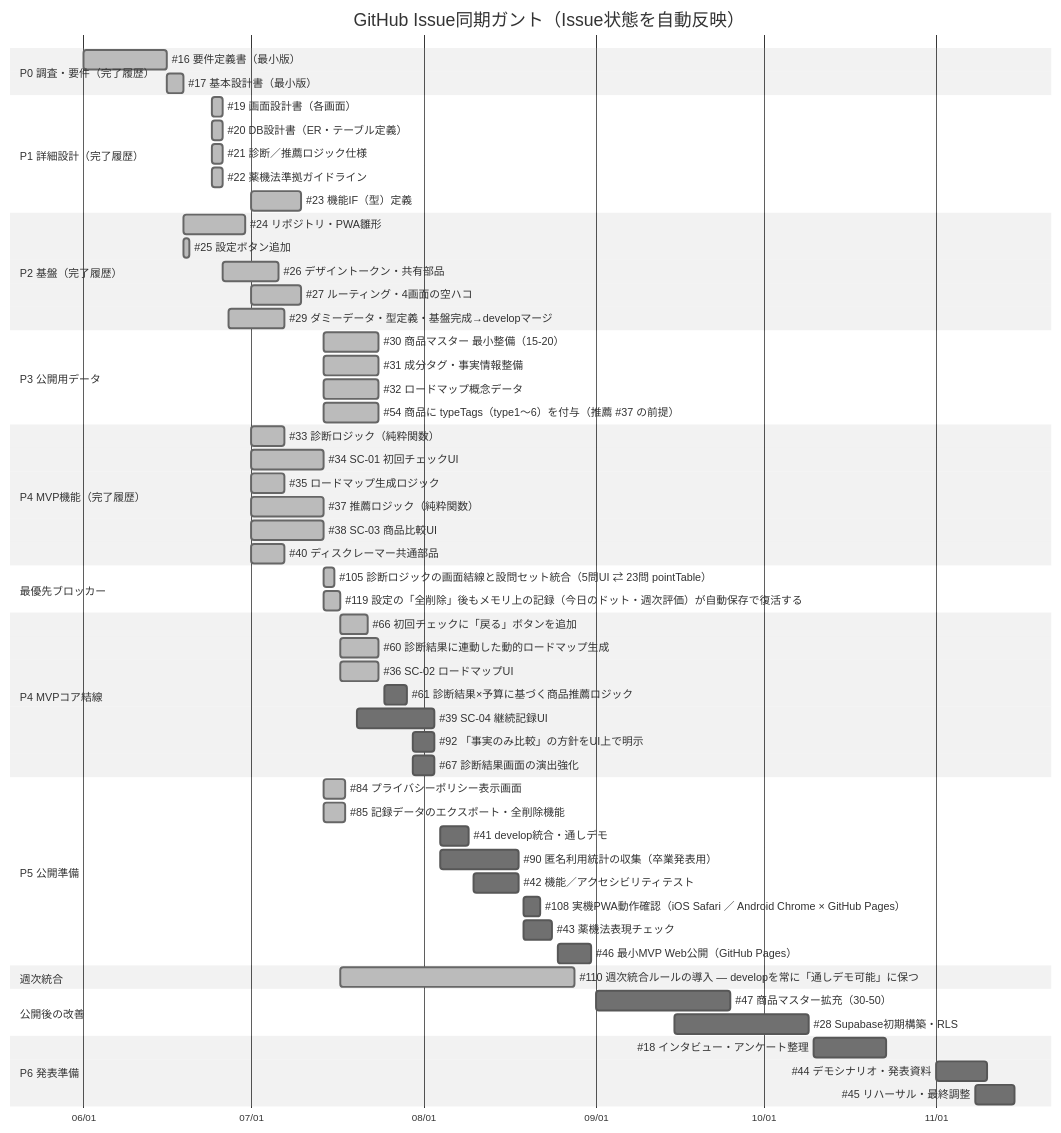
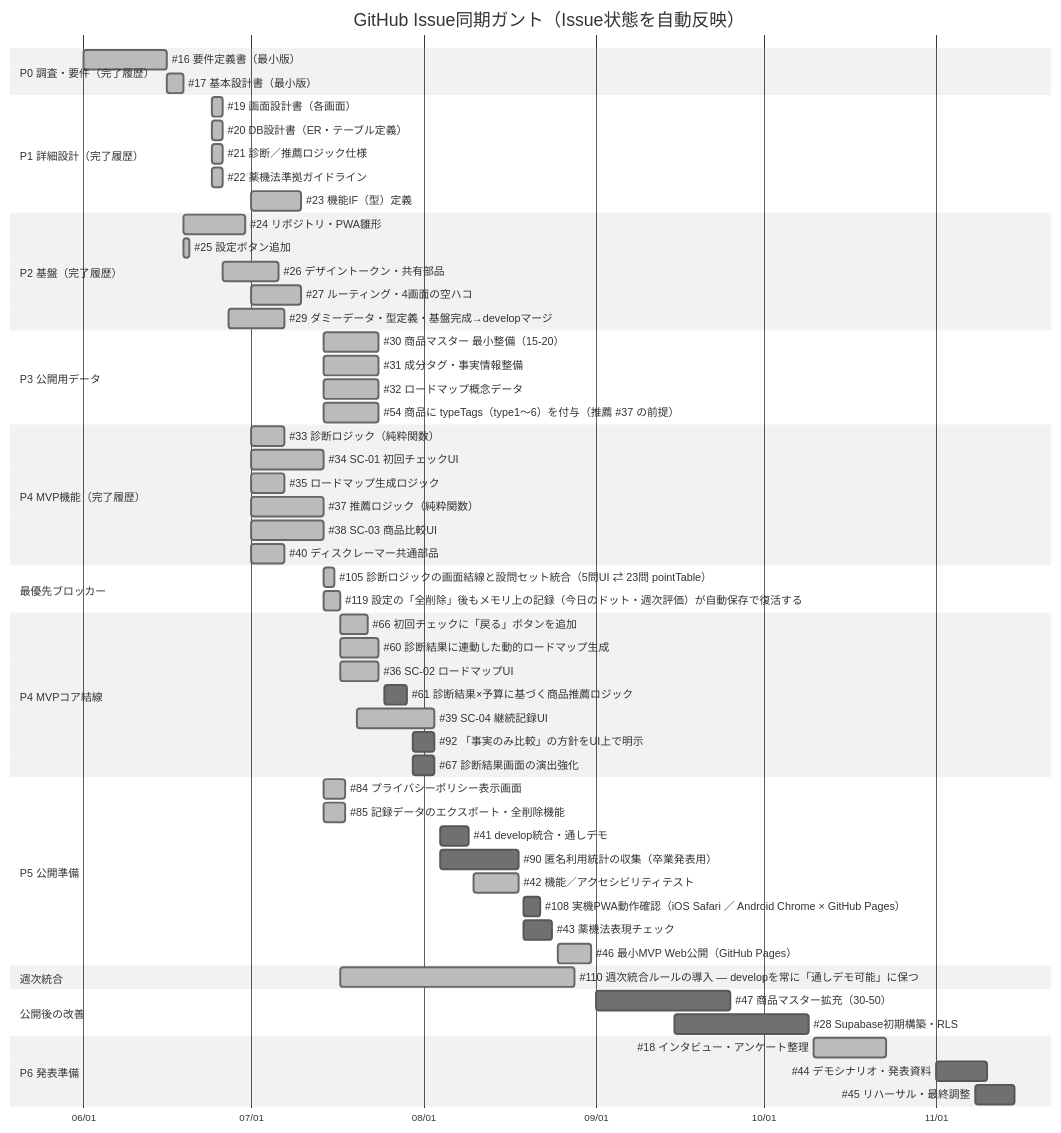
Before and after one commit to itiwoja/tazimagumi_dev_team: the first of 2 diagrams in docs/schedule/ガントチャート_v2.2.md, drawn with Mermaid (neutral theme). The commit also changed other lines of this file, not shown here.

Commit message:
docs: GitHub Issue進捗をガントへ同期 (#196)

````diff
--- a/docs/schedule/ガントチャート_v2.2.md
+++ b/docs/schedule/ガントチャート_v2.2.md
@@ -68,62 +68,62 @@
 ```mermaid
 gantt
     title GitHub Issue同期ガント（Issue状態を自動反映）
     dateFormat  YYYY-MM-DD
     axisFormat  %m/%d
     section P0 調査・要件（完了履歴）
     #16 要件定義書（最小版） :done, p0a, 2026-06-01, 2026-06-16
     #17 基本設計書（最小版） :done, p0c, 2026-06-16, 2026-06-19
     section P1 詳細設計（完了履歴）
     #19 画面設計書（各画面） :done, p1b, 2026-06-24, 2026-06-26
     #20 DB設計書（ER・テーブル定義） :done, p1c, 2026-06-24, 2026-06-26
     #21 診断／推薦ロジック仕様 :done, p1d, 2026-06-24, 2026-06-26
     #22 薬機法準拠ガイドライン :done, p1f, 2026-06-24, 2026-06-26
     #23 機能IF（型）定義 :done, p1g, 2026-07-01, 2026-07-10
     section P2 基盤（完了履歴）
     #24 リポジトリ・PWA雛形 :done, p2a, 2026-06-19, 2026-06-30
     #25 設定ボタン追加 :done, p2s, 2026-06-19, 2026-06-20
     #26 デザイントークン・共有部品 :done, p2c, 2026-06-26, 2026-07-06
     #27 ルーティング・4画面の空ハコ :done, p2d, 2026-07-01, 2026-07-10
     #29 ダミーデータ・型定義・基盤完成→developマージ :done, p2e, 2026-06-27, 2026-07-07
     section P3 公開用データ
     #30 商品マスター 最小整備（15-20） :done, p3a, 2026-07-14, 2026-07-24
     #31 成分タグ・事実情報整備 :done, p3b, 2026-07-14, 2026-07-24
     #32 ロードマップ概念データ :done, p3c, 2026-07-14, 2026-07-24
     #54 商品に typeTags（type1〜6）を付与（推薦 #37 の前提） :done, i54, 2026-07-14, 2026-07-24
     section P4 MVP機能（完了履歴）
     #33 診断ロジック（純粋関数） :done, p4b, 2026-07-01, 2026-07-07
     #34 SC-01 初回チェックUI :done, p4a, 2026-07-01, 2026-07-14
     #35 ロードマップ生成ロジック :done, p4g, 2026-07-01, 2026-07-07
     #37 推薦ロジック（純粋関数） :done, p4h, 2026-07-01, 2026-07-14
     #38 SC-03 商品比較UI :done, p4d, 2026-07-01, 2026-07-14
     #40 ディスクレーマー共通部品 :done, p4f, 2026-07-01, 2026-07-07
     section 最優先ブロッカー
     #105 診断ロジックの画面結線と設問セット統合（5問UI ⇄ 23問 pointTable） :done, i105, 2026-07-14, 2026-07-16
     #119 設定の「全削除」後もメモリ上の記録（今日のドット・週次評価）が自動保存で復活する :done, i119, 2026-07-14, 2026-07-17
     section P4 MVPコア結線
     #66 初回チェックに「戻る」ボタンを追加 :done, i66, 2026-07-17, 2026-07-22
     #60 診断結果に連動した動的ロードマップ生成 :done, i60, 2026-07-17, 2026-07-24
     #36 SC-02 ロードマップUI :done, p4c, 2026-07-17, 2026-07-24
     #61 診断結果×予算に基づく商品推薦ロジック :i61, 2026-07-25, 2026-07-29
-    #39 SC-04 継続記録UI :p4e, 2026-07-20, 2026-08-03
+    #39 SC-04 継続記録UI :done, p4e, 2026-07-20, 2026-08-03
     #92 「事実のみ比較」の方針をUI上で明示 :i92, 2026-07-30, 2026-08-03
     #67 診断結果画面の演出強化 :i67, 2026-07-30, 2026-08-03
     section P5 公開準備
     #84 プライバシーポリシー表示画面 :done, i84, 2026-07-14, 2026-07-18
     #85 記録データのエクスポート・全削除機能 :done, i85, 2026-07-14, 2026-07-18
     #41 develop統合・通しデモ :p5a, 2026-08-04, 2026-08-09
     #90 匿名利用統計の収集（卒業発表用） :i90, 2026-08-04, 2026-08-18
-    #42 機能／アクセシビリティテスト :p5b, 2026-08-10, 2026-08-18
+    #42 機能／アクセシビリティテスト :done, p5b, 2026-08-10, 2026-08-18
     #108 実機PWA動作確認（iOS Safari ／ Android Chrome × GitHub Pages） :i108, 2026-08-19, 2026-08-22
     #43 薬機法表現チェック :p5c, 2026-08-19, 2026-08-24
-    #46 最小MVP Web公開（GitHub Pages） :p5d, 2026-08-25, 2026-08-31
+    #46 最小MVP Web公開（GitHub Pages） :done, p5d, 2026-08-25, 2026-08-31
     section 週次統合
     #110 週次統合ルールの導入 — developを常に「通しデモ可能」に保つ :done, i110, 2026-07-17, 2026-08-28
     section 公開後の改善
     #47 商品マスター拡充（30-50） :p3d, 2026-09-01, 2026-09-25
     #28 Supabase初期構築・RLS :p2b, 2026-09-15, 2026-10-09
     section P6 発表準備
-    #18 インタビュー・アンケート整理 :p0b, 2026-10-10, 2026-10-23
+    #18 インタビュー・アンケート整理 :done, p0b, 2026-10-10, 2026-10-23
     #44 デモシナリオ・発表資料 :p6a, 2026-11-01, 2026-11-10
     #45 リハーサル・最終調整 :p6b, 2026-11-08, 2026-11-15
 ```
````
